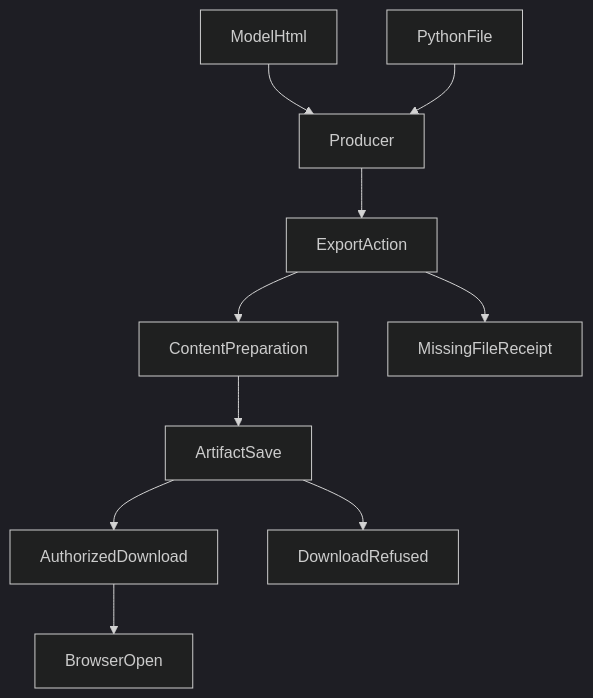
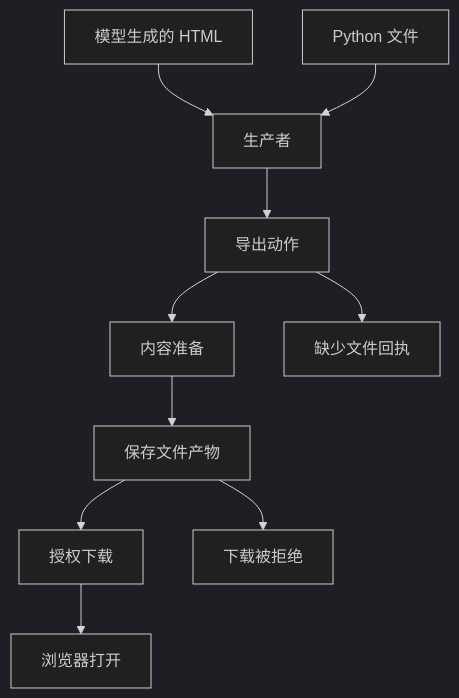
One commit to hpoenixf/eff-agent-article changed the first of 4 diagrams in articles/agent-html-evolution-challenges.md. Above: the diagram before and after it, drawn with Mermaid (dark theme). The commit also changed other lines of this file and 52 other files, not shown here.

Commit message:
docs: localize diagrams and clarify flagship guides

````diff
--- a/articles/agent-html-evolution-challenges.md
+++ b/articles/agent-html-evolution-challenges.md
@@ -19,12 +19,12 @@
 ```mermaid
 graph TD
-ModelHtml --> Producer
-PythonFile --> Producer
-Producer --> ExportAction
-ExportAction --> ContentPreparation
-ContentPreparation --> ArtifactSave
-ArtifactSave --> AuthorizedDownload
-AuthorizedDownload --> BrowserOpen
-ExportAction --> MissingFileReceipt
-ArtifactSave --> DownloadRefused
+ModelHtml["模型生成的 HTML"] --> Producer["生产者"]
+PythonFile["Python 文件"] --> Producer
+Producer --> ExportAction["导出动作"]
+ExportAction --> ContentPreparation["内容准备"]
+ContentPreparation --> ArtifactSave["保存文件产物"]
+ArtifactSave --> AuthorizedDownload["授权下载"]
+AuthorizedDownload --> BrowserOpen["浏览器打开"]
+ExportAction --> MissingFileReceipt["缺少文件回执"]
+ArtifactSave --> DownloadRefused["下载被拒绝"]
 ```
````
